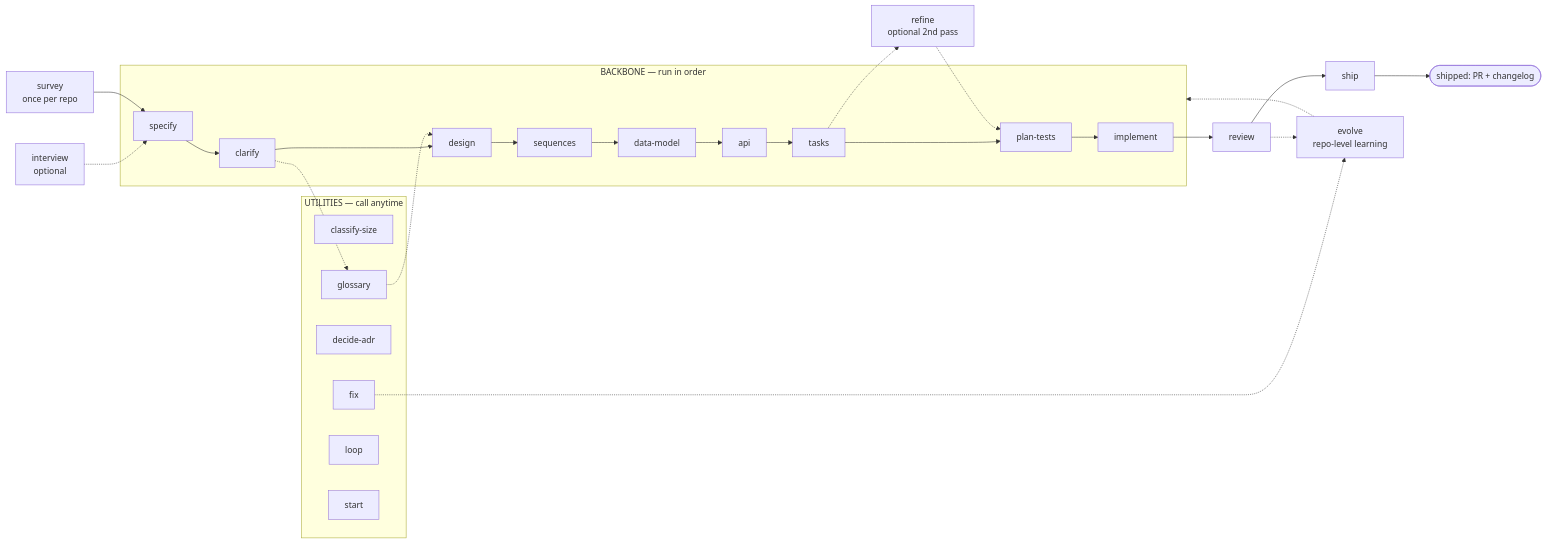
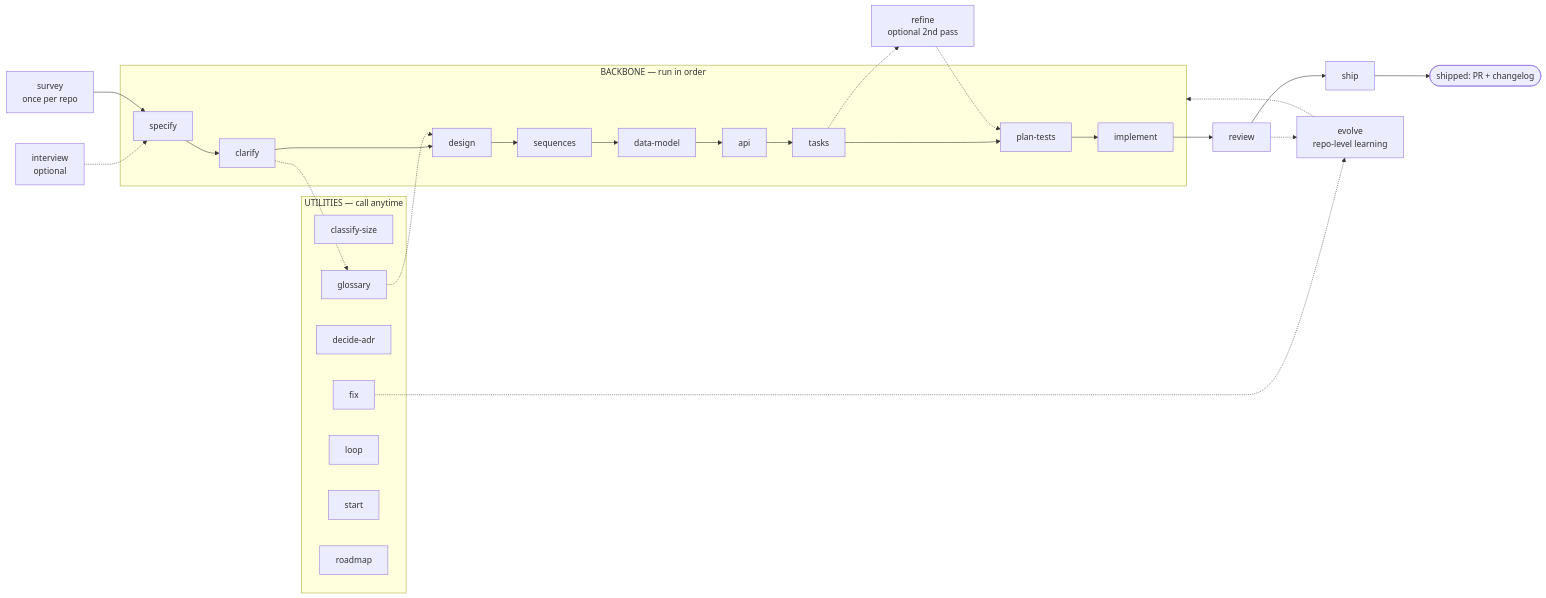
The diagram in README.md (kanrun-digital/sdd), drawn with Mermaid before and after one commit. The commit also changed other lines of this file and 5 other files, not shown here.

````diff
--- a/README.md
+++ b/README.md
@@ -131,23 +131,24 @@
 ```mermaid
 flowchart LR
     IV[interview<br/>optional] -.-> S
     SV[survey<br/>once per repo] --> S
     subgraph backbone["BACKBONE — run in order"]
         S[specify] --> CL[clarify] --> D[design] --> SQ[sequences] --> DM[data-model] --> API[api] --> T[tasks] --> PT[plan-tests] --> IM[implement]
     end
     IM --> RV[review] --> SH[ship]
     T -.-> RF[refine<br/>optional 2nd pass] -.-> PT
     subgraph util["UTILITIES — call anytime"]
         CS[classify-size]
         GL[glossary]
         ADR[decide-adr]
         FX[fix]
         LP[loop]
         ST[start]
+        RM[roadmap]
     end
     CL -.-> GL -.-> D
     SH --> done([shipped: PR + changelog])
     FX -.-> EV[evolve<br/>repo-level learning]
     RV -.-> EV
     EV -.-> backbone
 ```
````
